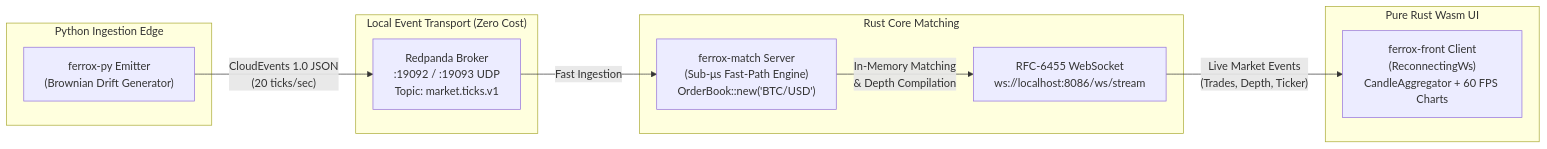
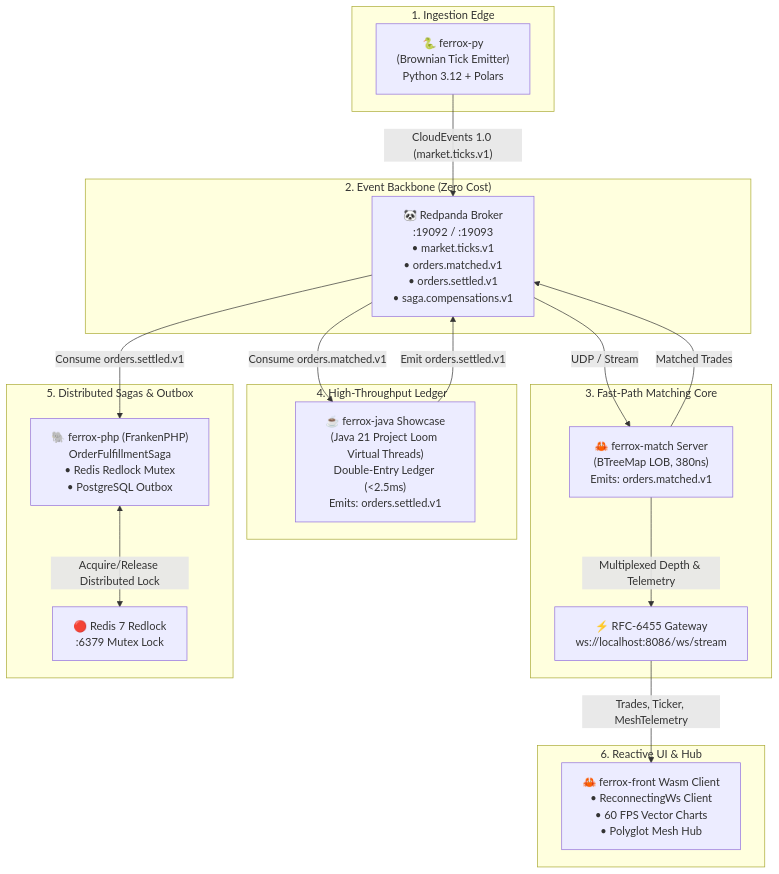
The diagram in docs/docs/ecosystem/living-mesh-guide.md (AI-Autistic-Intelligence/Ferrox), drawn with Mermaid before and after one commit. The commit also changed other lines of this file and 16 other files, not shown here.

Commit message:
feat(cli): dogfood cargo-ferrox with ferrox-settlement-hub and sync living mesh guide

````diff
--- a/docs/docs/ecosystem/living-mesh-guide.md
+++ b/docs/docs/ecosystem/living-mesh-guide.md
@@ -9,24 +9,38 @@
 ```mermaid
-flowchart LR
-    subgraph Emitter ["Python Ingestion Edge"]
-        Py["ferrox-py Emitter<br/>(Brownian Drift Generator)"]
+flowchart TD
+    subgraph Edge ["1. Ingestion Edge"]
+        Py["🐍 ferrox-py<br/>(Brownian Tick Emitter)<br/>Python 3.12 + Polars"]
     end
 
-    subgraph Broker ["Local Event Transport (Zero Cost)"]
-        RP["Redpanda Broker<br/>:19092 / :19093 UDP<br/>Topic: market.ticks.v1"]
+    subgraph Broker ["2. Event Backbone (Zero Cost)"]
+        RP["🐼 Redpanda Broker<br/>:19092 / :19093<br/>• market.ticks.v1<br/>• orders.matched.v1<br/>• orders.settled.v1<br/>• saga.compensations.v1"]
     end
 
-    subgraph Engine ["Rust Core Matching"]
-        Match["ferrox-match Server<br/>(Sub-μs Fast-Path Engine)<br/>OrderBook::new('BTC/USD')"]
-        WS_Gateway["RFC-6455 WebSocket<br/>ws://localhost:8086/ws/stream"]
+    subgraph Matching ["3. Fast-Path Matching Core"]
+        Rust["🦀 ferrox-match Server<br/>(BTreeMap LOB, 380ns)<br/>Emits: orders.matched.v1"]
+        WS["⚡ RFC-6455 Gateway<br/>ws://localhost:8086/ws/stream"]
     end
 
-    subgraph Client ["Pure Rust Wasm UI"]
-        Wasm["ferrox-front Client<br/>(ReconnectingWs)<br/>CandleAggregator + 60 FPS Charts"]
+    subgraph Accounting ["4. High-Throughput Ledger"]
+        Java["☕ ferrox-java Showcase<br/>(Java 21 Project Loom Virtual Threads)<br/>Double-Entry Ledger (&lt;2.5ms)<br/>Emits: orders.settled.v1"]
     end
 
-    Py -->|"CloudEvents 1.0 JSON<br/>(20 ticks/sec)"| RP
-    RP -->|"Fast Ingestion"| Match
-    Match -->|"In-Memory Matching<br/>& Depth Compilation"| WS_Gateway
-    WS_Gateway -->|"Live Market Events<br/>(Trades, Depth, Ticker)"| Wasm
+    subgraph Fulfillment ["5. Distributed Sagas & Outbox"]
+        PHP["🐘 ferrox-php (FrankenPHP)<br/>OrderFulfillmentSaga<br/>• Redis Redlock Mutex<br/>• PostgreSQL Outbox"]
+        Redis["🔴 Redis 7 Redlock<br/>:6379 Mutex Lock"]
+    end
+
+    subgraph Presentation ["6. Reactive UI & Hub"]
+        Wasm["🦀 ferrox-front Wasm Client<br/>• ReconnectingWs Client<br/>• 60 FPS Vector Charts<br/>• Polyglot Mesh Hub"]
+    end
+
+    Py -->|"CloudEvents 1.0 (market.ticks.v1)"| RP
+    RP -->|"UDP / Stream"| Rust
+    Rust -->|"Matched Trades"| RP
+    Rust -->|"Multiplexed Depth & Telemetry"| WS
+    RP -->|"Consume orders.matched.v1"| Java
+    Java -->|"Emit orders.settled.v1"| RP
+    RP -->|"Consume orders.settled.v1"| PHP
+    PHP <-->|"Acquire/Release Distributed Lock"| Redis
+    WS -->|"Trades, Ticker, MeshTelemetry"| Wasm
 ```
````
